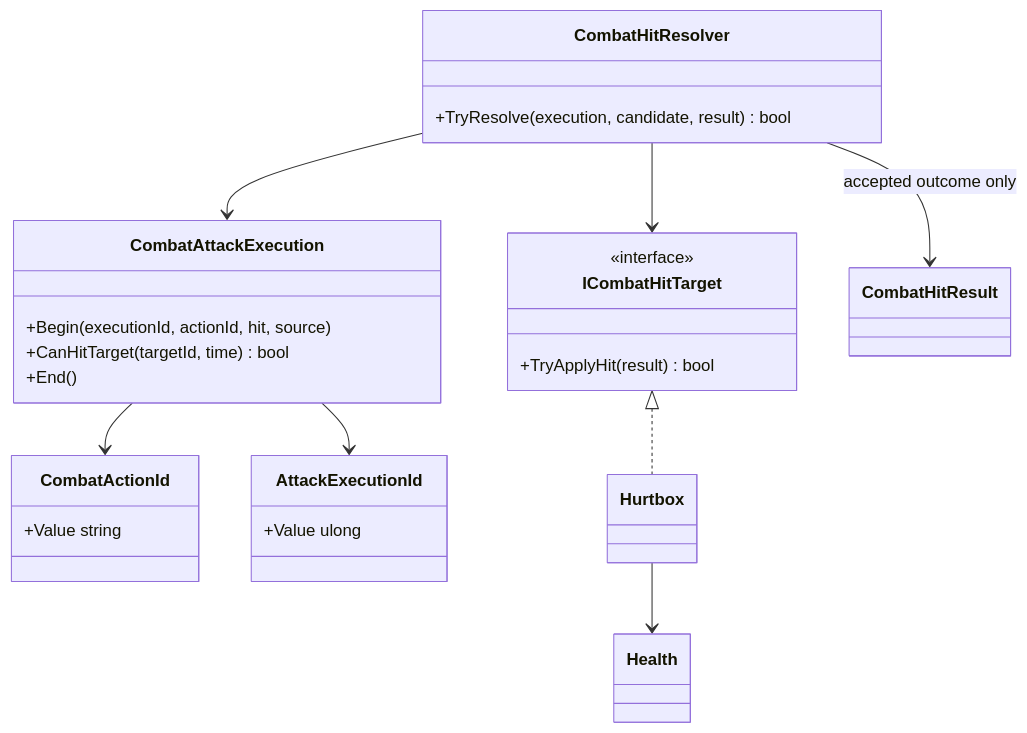
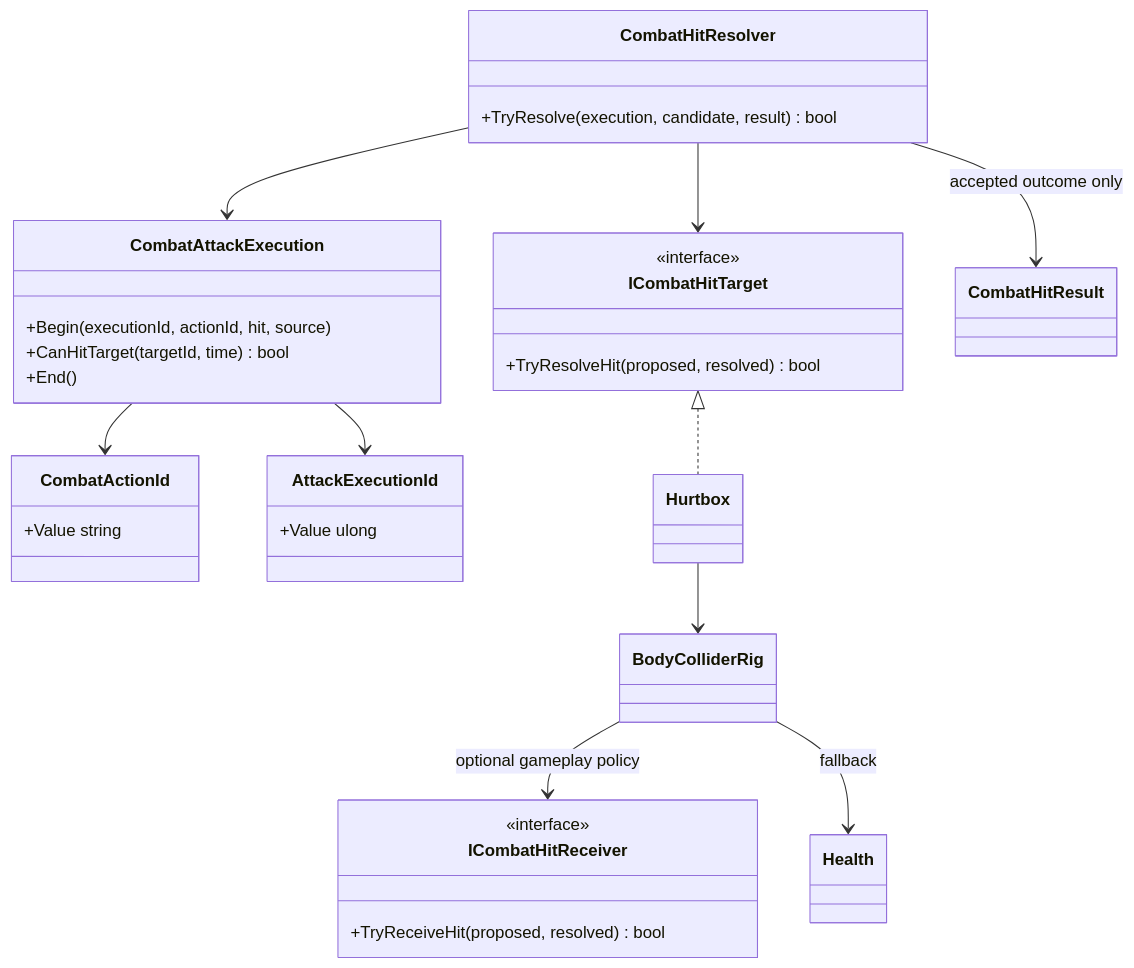
Before and after one commit to MaximFonariuc/project-s: the diagram in Assets/_App/Core/Runtime/Combat/Hits/README.md, drawn with Mermaid. The commit also changed other lines of this file and 27 other files, not shown here.

````diff
--- a/Assets/_App/Core/Runtime/Combat/Hits/README.md
+++ b/Assets/_App/Core/Runtime/Combat/Hits/README.md
@@ -6,32 +6,39 @@
 ```mermaid
 classDiagram
     class CombatActionId {
         +Value string
     }
     class AttackExecutionId {
         +Value ulong
     }
     class CombatAttackExecution {
         +Begin(executionId, actionId, hit, source)
         +CanHitTarget(targetId, time) bool
         +End()
     }
     class CombatHitResolver {
         +TryResolve(execution, candidate, result) bool
     }
     class ICombatHitTarget {
         <<interface>>
-        +TryApplyHit(result) bool
+        +TryResolveHit(proposed, resolved) bool
+    }
+    class ICombatHitReceiver {
+        <<interface>>
+        +TryReceiveHit(proposed, resolved) bool
     }
     class CombatHitResult
     class Hurtbox
+    class BodyColliderRig
     class Health
 
     CombatAttackExecution --> AttackExecutionId
     CombatAttackExecution --> CombatActionId
     CombatHitResolver --> CombatAttackExecution
     CombatHitResolver --> ICombatHitTarget
     CombatHitResolver --> CombatHitResult : accepted outcome only
     ICombatHitTarget <|.. Hurtbox
-    Hurtbox --> Health
+    Hurtbox --> BodyColliderRig
+    BodyColliderRig --> ICombatHitReceiver : optional gameplay policy
+    BodyColliderRig --> Health : fallback
 ```
````
